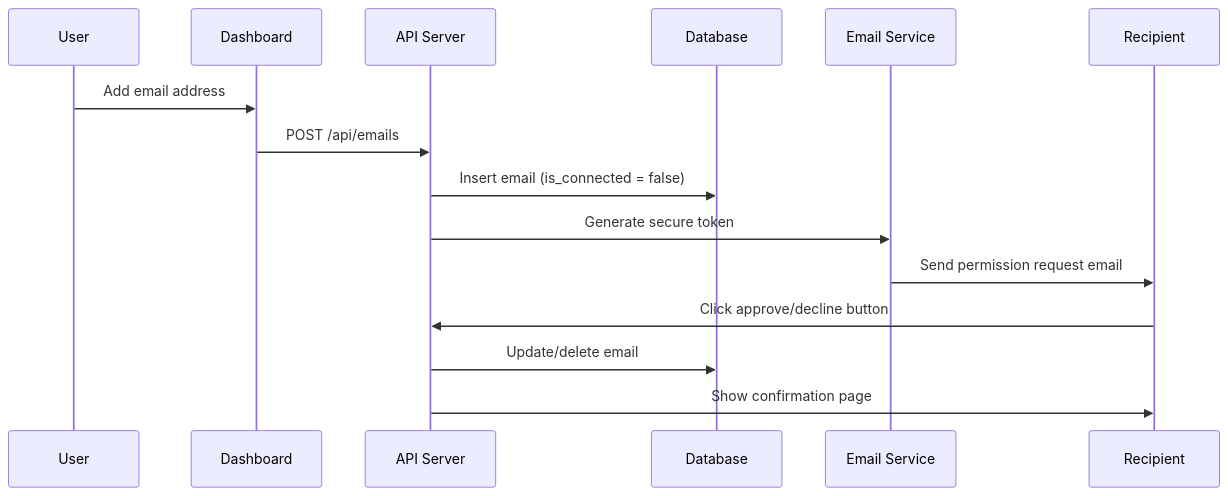
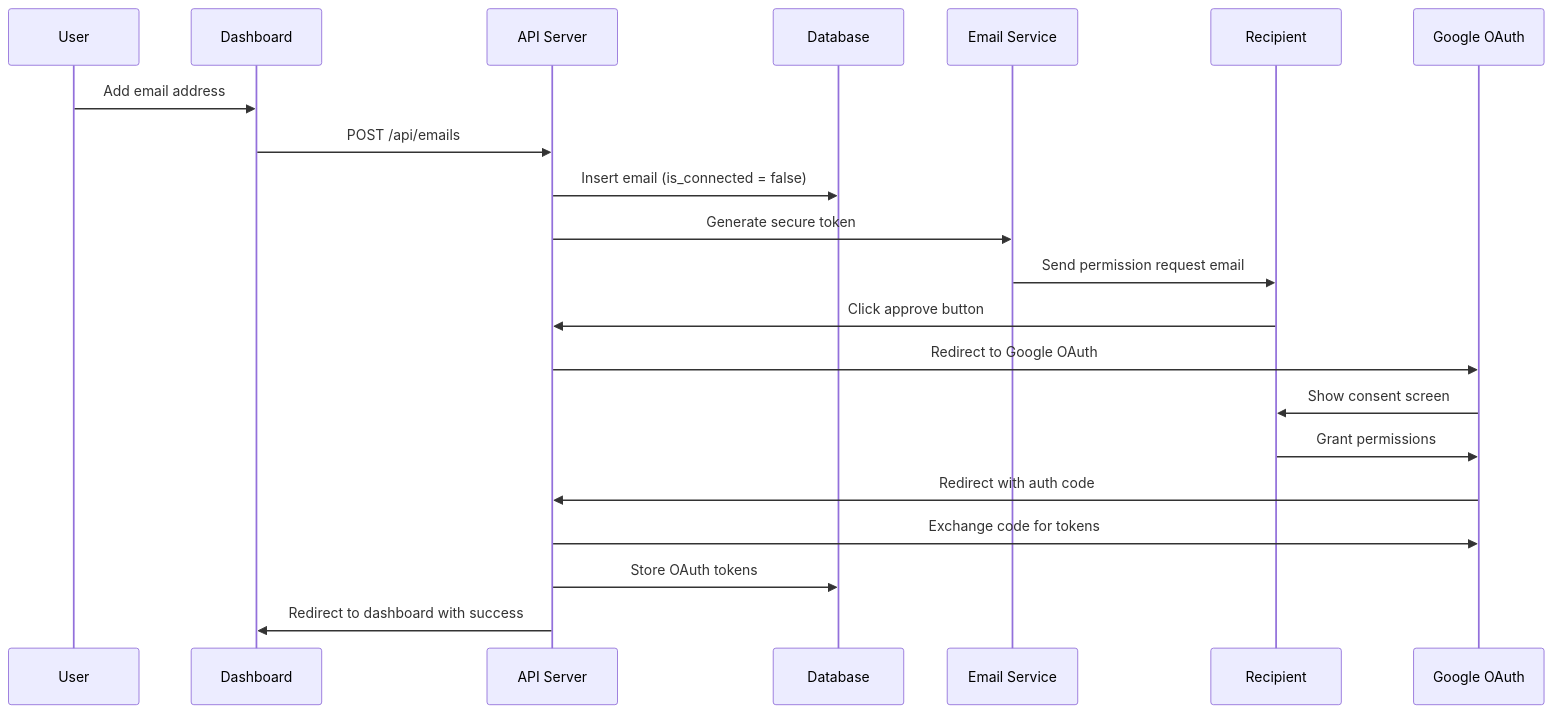
One commit to Keener29/numenor-sec changed the diagram in SECURE_EMAIL_APPROVAL.md. Above: the diagram before and after it, drawn with Mermaid. The commit also changed other lines of this file and 2 other files, not shown here.

````diff
--- a/SECURE_EMAIL_APPROVAL.md
+++ b/SECURE_EMAIL_APPROVAL.md
@@ -155,18 +158,24 @@
 ```mermaid
 sequenceDiagram
     participant U as User
     participant D as Dashboard
     participant API as API Server
     participant DB as Database
     participant ES as Email Service
     participant R as Recipient
+    participant G as Google OAuth
 
     U->>D: Add email address
     D->>API: POST /api/emails
     API->>DB: Insert email (is_connected = false)
     API->>ES: Generate secure token
     ES->>R: Send permission request email
-    R->>API: Click approve/decline button
-    API->>DB: Update/delete email
-    API->>R: Show confirmation page
+    R->>API: Click approve button
+    API->>G: Redirect to Google OAuth
+    G->>R: Show consent screen
+    R->>G: Grant permissions
+    G->>API: Redirect with auth code
+    API->>G: Exchange code for tokens
+    API->>DB: Store OAuth tokens
+    API->>D: Redirect to dashboard with success
 ```
````
